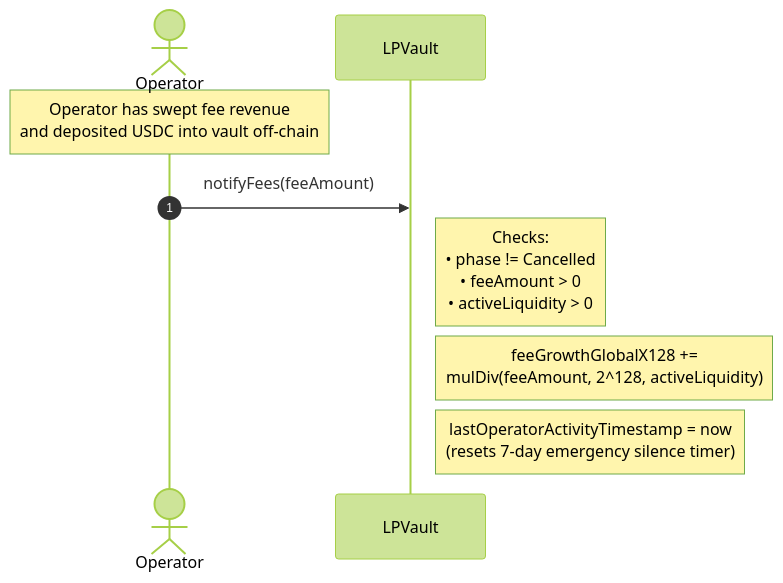
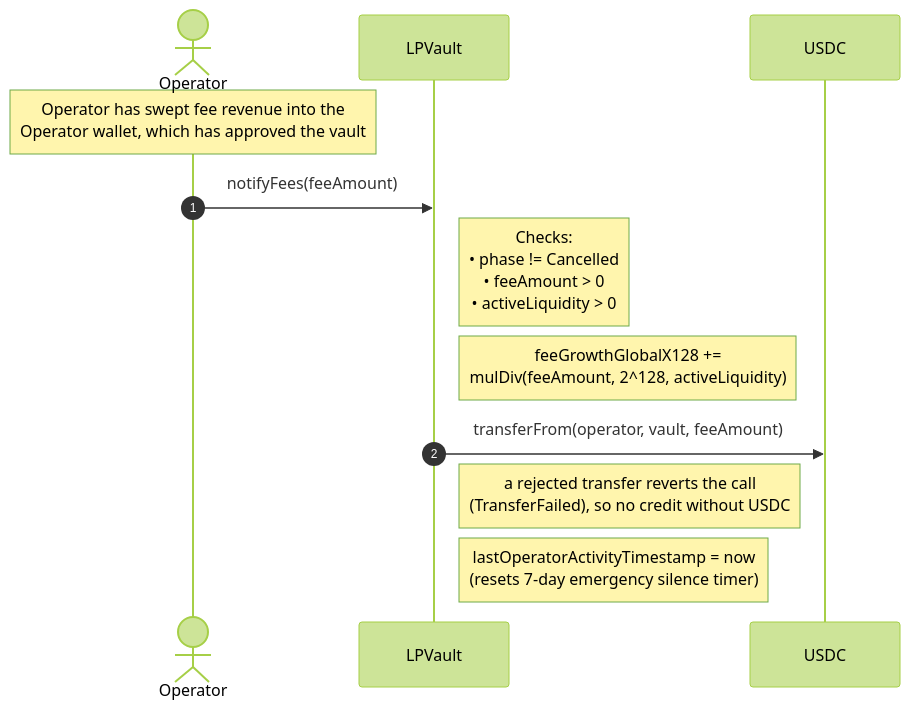
One commit to ProphetMarket/lp-vaults changed the fourth of 12 diagrams in FLOWS.md. Above: the diagram before and after it, drawn with Mermaid (forest theme). The commit also changed other lines of this file and 3 other files, not shown here.

````diff
--- a/FLOWS.md
+++ b/FLOWS.md
@@ -145,12 +146,15 @@
 ```mermaid
 sequenceDiagram
     autonumber
     actor Operator
     participant Vault as LPVault
+    participant USDC
 
-    Note over Operator: Operator has swept fee revenue<br/>and deposited USDC into vault off-chain
+    Note over Operator: Operator has swept fee revenue into the<br/>Operator wallet, which has approved the vault
     Operator->>Vault: notifyFees(feeAmount)
     Note right of Vault: Checks:<br/>• phase != Cancelled<br/>• feeAmount > 0<br/>• activeLiquidity > 0
     Note right of Vault: feeGrowthGlobalX128 +=<br/>mulDiv(feeAmount, 2^128, activeLiquidity)
+    Vault->>USDC: transferFrom(operator, vault, feeAmount)
+    Note right of Vault: a rejected transfer reverts the call<br/>(TransferFailed), so no credit without USDC
     Note right of Vault: lastOperatorActivityTimestamp = now<br/>(resets 7-day emergency silence timer)
 ```
````
